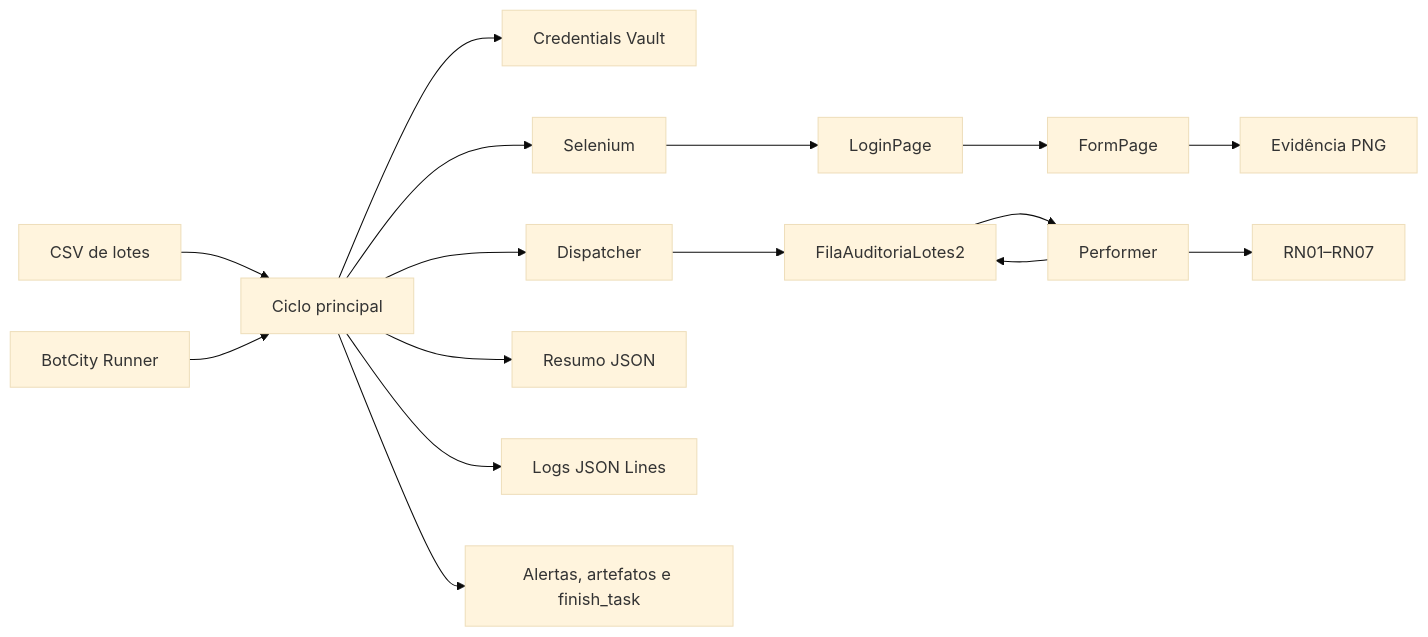
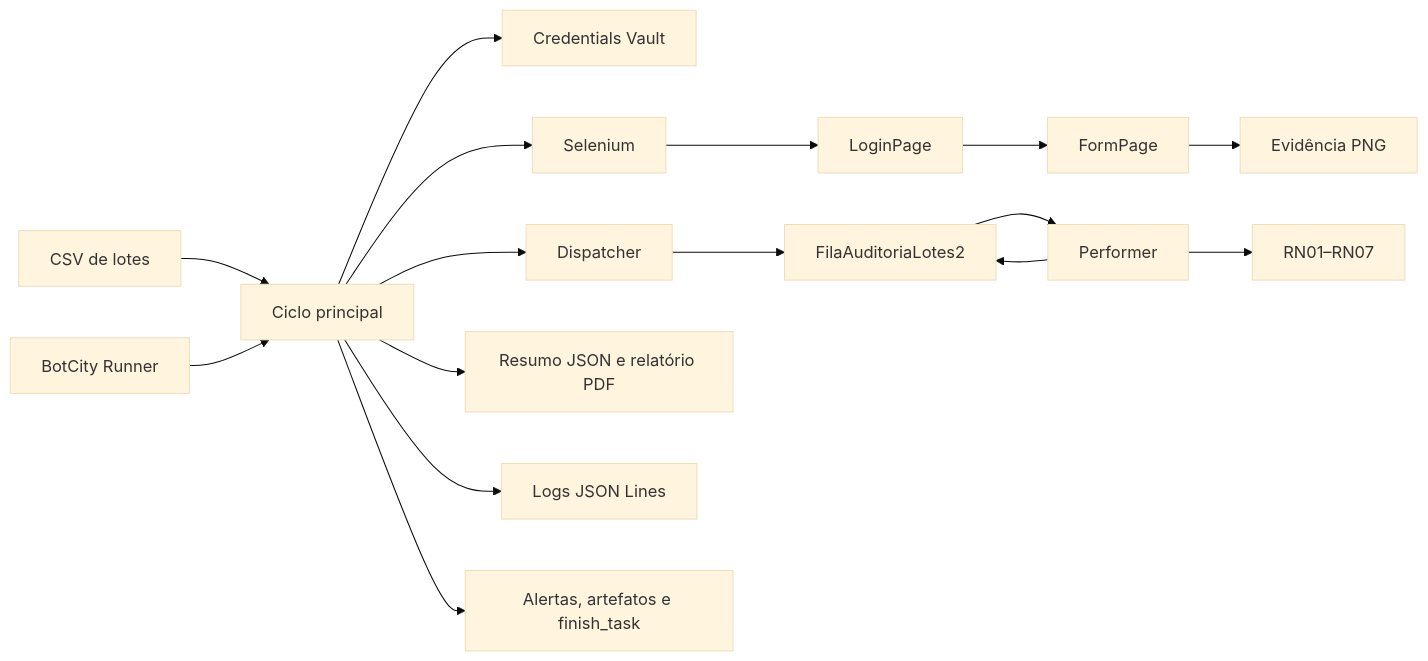
One commit to g-f307/conferencia-de-lotes changed the diagram in README.md. Above: the diagram before and after it, drawn with Mermaid (base theme). The commit also changed other lines of this file and 13 other files, not shown here.

````diff
--- a/README.md
+++ b/README.md
@@ -79,18 +79,18 @@
 ```mermaid
 flowchart LR
     CSV[CSV de lotes] --> MAIN[Ciclo principal]
     RUNNER[BotCity Runner] --> MAIN
     MAIN --> VAULT[Credentials Vault]
     MAIN --> WEB[Selenium]
     WEB --> LOGIN[LoginPage]
     LOGIN --> FORM[FormPage]
     FORM --> PNG[Evidência PNG]
     MAIN --> DISPATCHER[Dispatcher]
     DISPATCHER --> DATAPOOL[FilaAuditoriaLotes2]
     DATAPOOL --> PERFORMER[Performer]
     PERFORMER --> RULES[RN01–RN07]
     PERFORMER --> DATAPOOL
-    MAIN --> REPORT[Resumo JSON]
+    MAIN --> REPORT[Resumo JSON e relatório PDF]
     MAIN --> LOGS[Logs JSON Lines]
     MAIN --> MAESTRO[Alertas, artefatos e finish_task]
 ```
````
